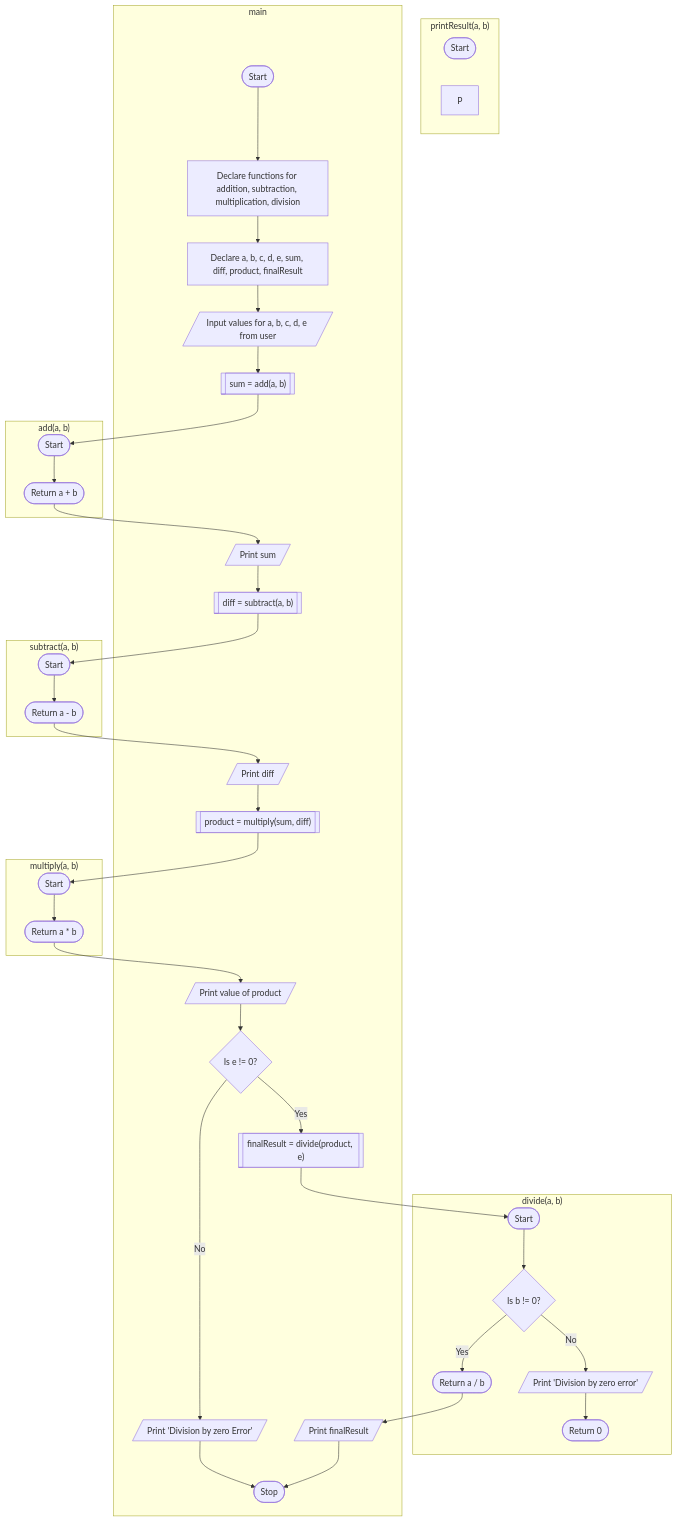
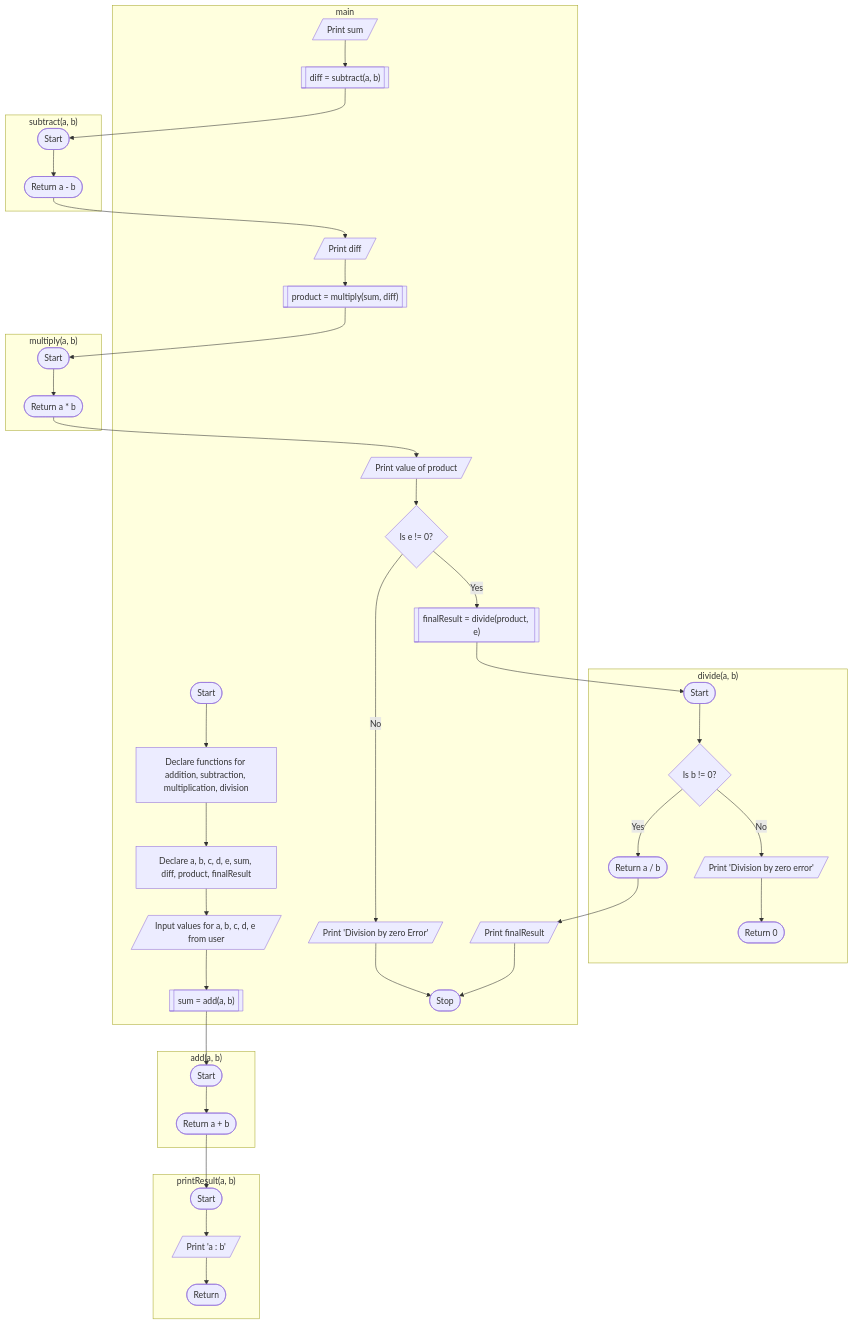
Before and after one commit to Vinit-source/Programming-for-problem-solving: the diagram in PR/P7 - Functions.md, drawn with Mermaid. The commit also changed other lines of this file, not shown here.

Commit message:
PR/P7 - Functions.md updated from https://stackedit.io/

````diff
--- a/PR/P7 - Functions.md
+++ b/PR/P7 - Functions.md
@@ -20,53 +20,56 @@
 ```mermaid
 graph TD;
 
 subgraph "add(a, b)" 
 	addStart([Start]);
 	B1([Return a + b]);
 	addStart --> B1;
 end
 subgraph "subtract(a, b)"
 	subStart([Start]);
 	B2([Return a - b]);
 	subStart --> B2;
 end
 subgraph "multiply(a, b)"
 	mulStart([Start]);
 	B3([Return a * b]);
 	mulStart --> B3;
 end
 subgraph "divide(a, b)"
 	divStart([Start]);
 	J{Is b != 0?};
     J -- Yes --> K([Return a / b]);
     J -- No --> M[/Print 'Division by zero error'/];
     divStart --> J;
     M --> MR([Return 0]);
 end
 subgraph "printResult(a, b)"
 	printStart([Start]);
-	P
+	P[/Print 'a : b'/];
+	R([Return]);
+	printStart --> P;
+	P --> R;
 end
 subgraph main
     A([Start]) --> B[Declare functions for addition, subtraction, multiplication, division];
     B --> BB[Declare a, b, c, d, e, sum, diff, product, finalResult];
     BB --> C[/Input values for a, b, c, d, e from user/];
 	C --> CB[["sum = add(a, b)"]];
 	CB --> addStart;
-	B1 --> E 
+	B1 --> printStart; 
     E[/Print sum/];
     E --> F[["diff = subtract(a, b)"]];
     F --> subStart;
     B2 --> G[/Print diff/];
     G --> H[["product = multiply(sum, diff)"]];
     H --> mulStart;
     B3 --> I[/Print value of product/];
     I --> DB0{Is e != 0?};
     DB0 -- Yes --> I1[["finalResult = divide(product, e)"]];
     I1 --> divStart;
     K --> L[/Print finalResult/];
     L --> N([Stop]);
     DB0 -- No --> N0[/"Print 'Division by zero Error'"/];
     N0 --> N
    end
 ```
````
